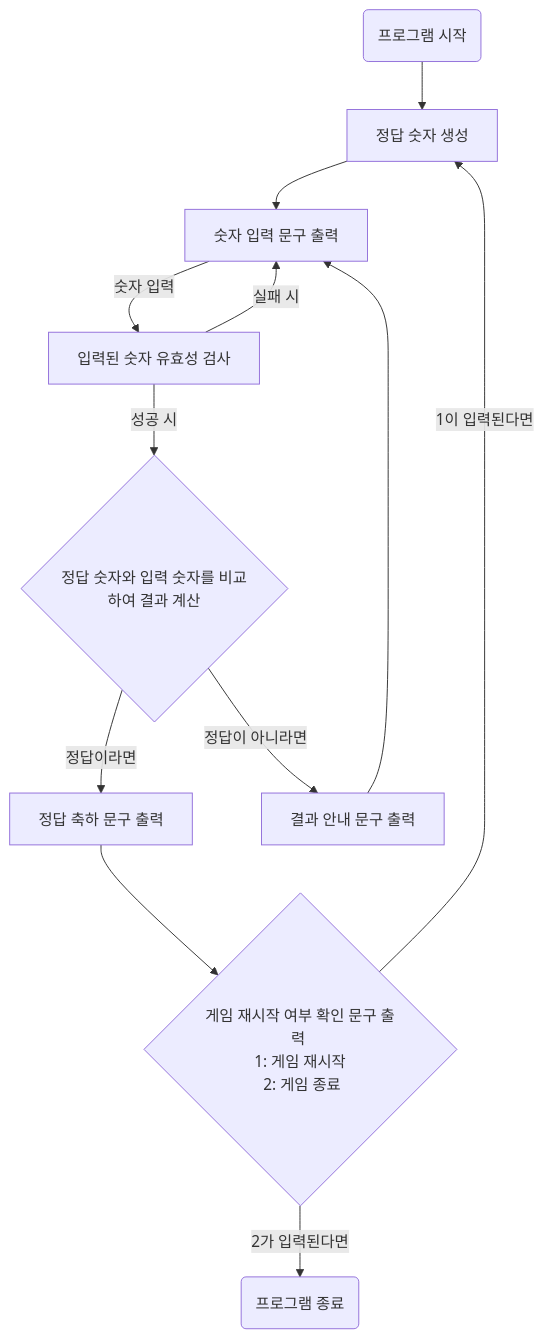
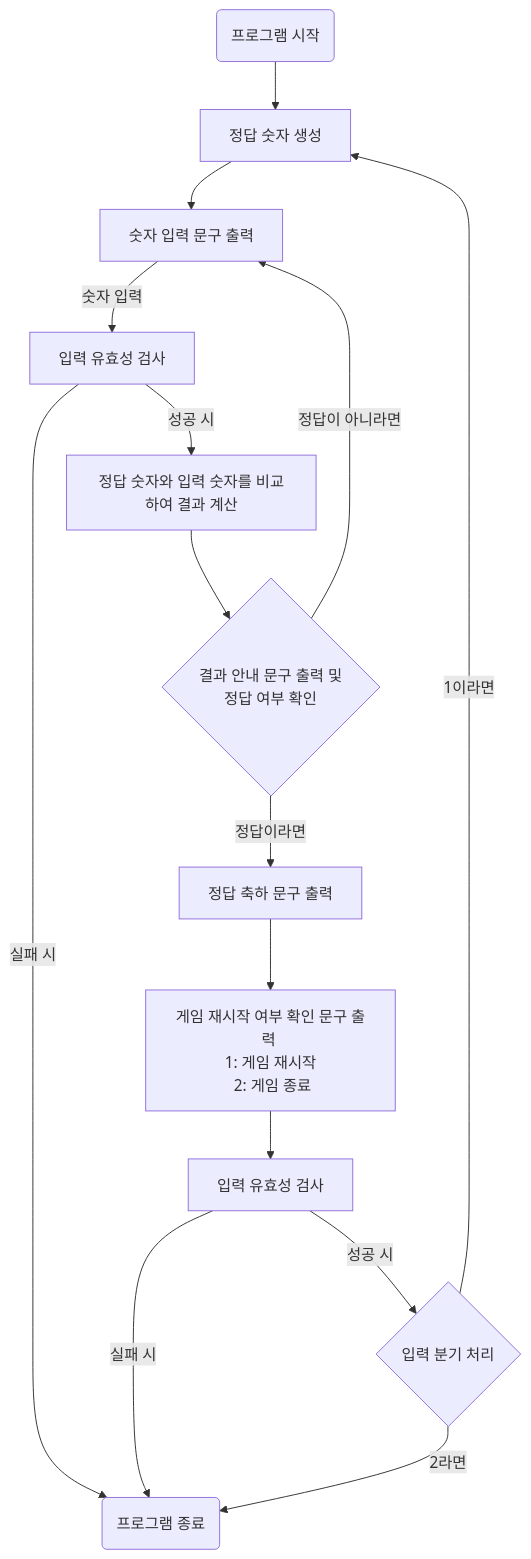
One commit to minnim1010/oop-java changed the diagram in java-baseball-precourse/docs/feature.md. Above: the diagram before and after it, drawn with Mermaid. The commit also changed 1 other file, not shown here.

Commit message:
docs: flow chart 수정

````diff
--- a/java-baseball-precourse/docs/feature.md
+++ b/java-baseball-precourse/docs/feature.md
@@ -3,16 +3,21 @@
 ```mermaid
 flowchart TD
     A(프로그램 시작) --> B[정답 숫자 생성]
+    
     B --> C[숫자 입력 문구 출력]
-    C --> |숫자 입력| D[입력된 숫자 유효성 검사]
-    D --> |실패 시 | C
-    D --> |성공 시| E{정답 숫자와 입력 숫자를 비교하여 결과 계산}
+    C --> |숫자 입력| D[입력 유효성 검사]
+    D --> |실패 시| Q
+    D --> |성공 시| E[정답 숫자와 입력 숫자를 비교하여 결과 계산]
     
-    E --> |정답이라면| G[정답 축하 문구 출력]
-    G --> H{게임 재시작 여부 확인 문구 출력 <br/> 1: 게임 재시작 <br/> 2: 게임 종료}
-    H --> |1이 입력된다면| B
-    H --> |2가 입력된다면| Q(프로그램 종료)
+    E --> F{결과 안내 문구 출력 및 <br/> 정답 여부 확인}
+    F --> |정답이 아니라면| C
+    F --> |정답이라면| G[정답 축하 문구 출력]
+    
+    G --> H[게임 재시작 여부 확인 문구 출력 <br/> 1: 게임 재시작 <br/> 2: 게임 종료]
+    H --> I[입력 유효성 검사]
+    I --> |실패 시| Q
+    I --> |성공 시| J{입력 분기 처리}
 
-    E --> |정답이 아니라면| F[결과 안내 문구 출력]
-    F --> C
+    J --> |1이라면| B
+    J --> |2라면| Q(프로그램 종료)
 ```
````
